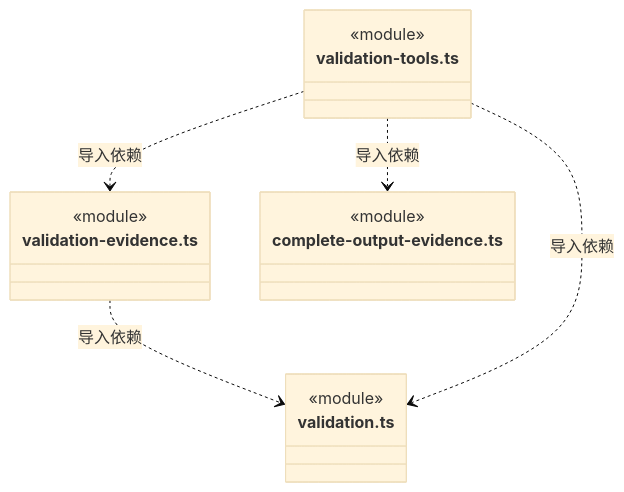
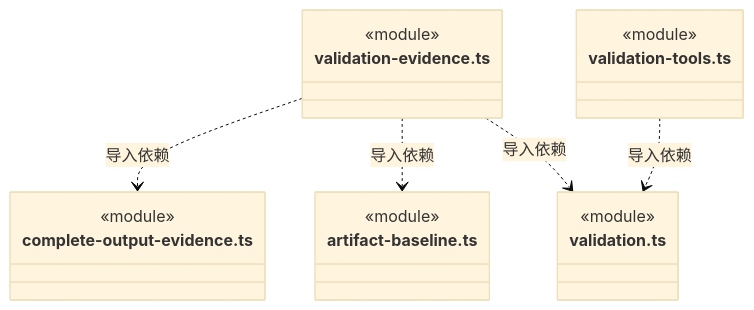
One commit to nan023062/cbim changed diagram 42 of 46 in src/backend/core/evidence/ARCHITECTURE.md. Above: the diagram before and after it, drawn with Mermaid (base theme). The commit also changed other lines of this file and 130 other files, not shown here.

````diff
--- a/src/backend/core/evidence/ARCHITECTURE.md
+++ b/src/backend/core/evidence/ARCHITECTURE.md
@@ -800,19 +911,22 @@
 ```mermaid
 classDiagram
 class N_src_backend_core_evidence_validation_evidence_ts["validation-evidence.ts"] {
+  <<module>>
+}
+class N_src_backend_core_evidence_complete_output_evidence_ts["complete-output-evidence.ts"] {
+  <<module>>
+}
+class N_src_backend_core_evidence_artifact_baseline_ts["artifact-baseline.ts"] {
   <<module>>
 }
 class N_src_backend_core_evidence_validation_ts["validation.ts"] {
   <<module>>
 }
 class N_src_backend_core_evidence_validation_tools_ts["validation-tools.ts"] {
   <<module>>
 }
-class N_src_backend_core_evidence_complete_output_evidence_ts["complete-output-evidence.ts"] {
-  <<module>>
-}
+N_src_backend_core_evidence_validation_evidence_ts ..> N_src_backend_core_evidence_complete_output_evidence_ts : 导入依赖
+N_src_backend_core_evidence_validation_evidence_ts ..> N_src_backend_core_evidence_artifact_baseline_ts : 导入依赖
 N_src_backend_core_evidence_validation_evidence_ts ..> N_src_backend_core_evidence_validation_ts : 导入依赖
 N_src_backend_core_evidence_validation_tools_ts ..> N_src_backend_core_evidence_validation_ts : 导入依赖
-N_src_backend_core_evidence_validation_tools_ts ..> N_src_backend_core_evidence_validation_evidence_ts : 导入依赖
-N_src_backend_core_evidence_validation_tools_ts ..> N_src_backend_core_evidence_complete_output_evidence_ts : 导入依赖
 ```
````
